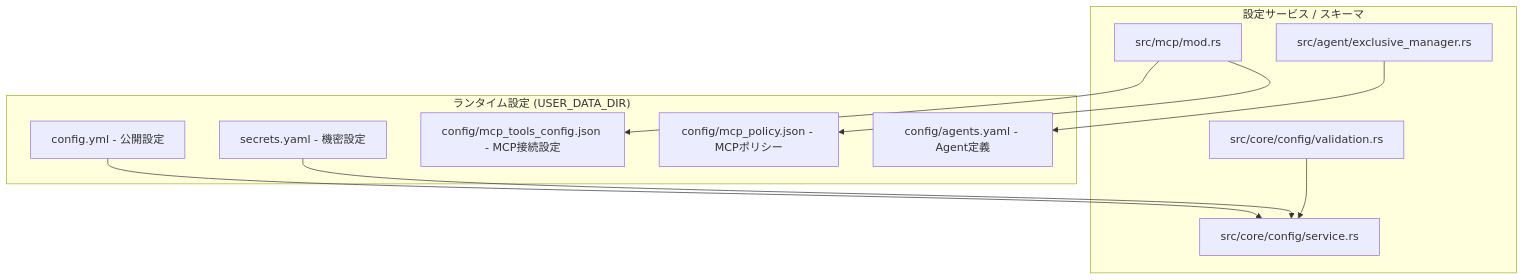
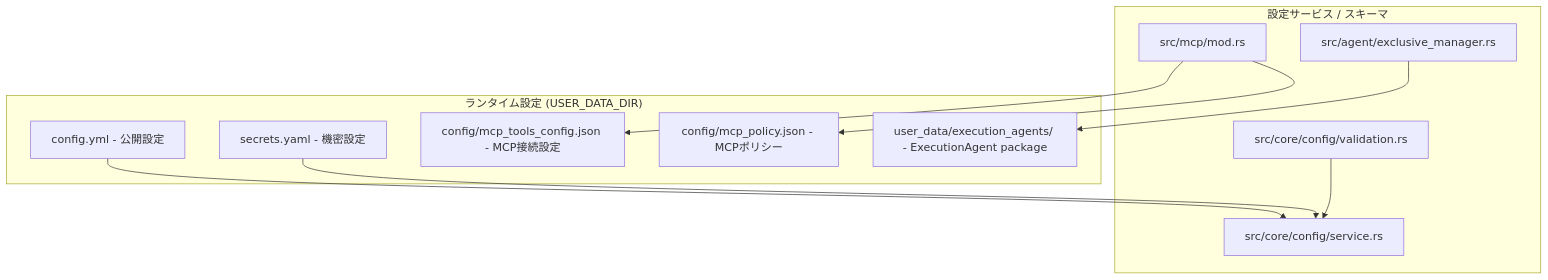
Before and after one commit to coco4atJP/Tepora-alpha: the tenth of 10 diagrams in docs/architecture/ARCHITECTURE.md, drawn with Mermaid. The commit also changed other lines of this file and 71 other files, not shown here.

````diff
--- a/docs/architecture/ARCHITECTURE.md
+++ b/docs/architecture/ARCHITECTURE.md
@@ -1080,24 +1100,24 @@
 ```mermaid
 graph TB
     subgraph Runtime["ランタイム設定 (USER_DATA_DIR)"]
         ConfigYml[config.yml - 公開設定]
         SecretsYml[secrets.yaml - 機密設定]
         McpJson[config/mcp_tools_config.json - MCP接続設定]
         McpPolicy[config/mcp_policy.json - MCPポリシー]
-        AgentsYml[config/agents.yaml - Agent定義]
+        ExecutionAgentPackages[user_data/execution_agents/<id> - ExecutionAgent package]
     end
   
     subgraph Services["設定サービス / スキーマ"]
         ConfigSvc[src/core/config/service.rs]
         ConfigValidation[src/core/config/validation.rs]
         McpManager[src/mcp/mod.rs]
         AgentManager[src/agent/exclusive_manager.rs]
     end
   
     ConfigYml --> ConfigSvc
     SecretsYml --> ConfigSvc
     ConfigValidation --> ConfigSvc
     McpManager --> McpJson
     McpManager --> McpPolicy
-    AgentManager --> AgentsYml
+    AgentManager --> ExecutionAgentPackages
 ```
````
